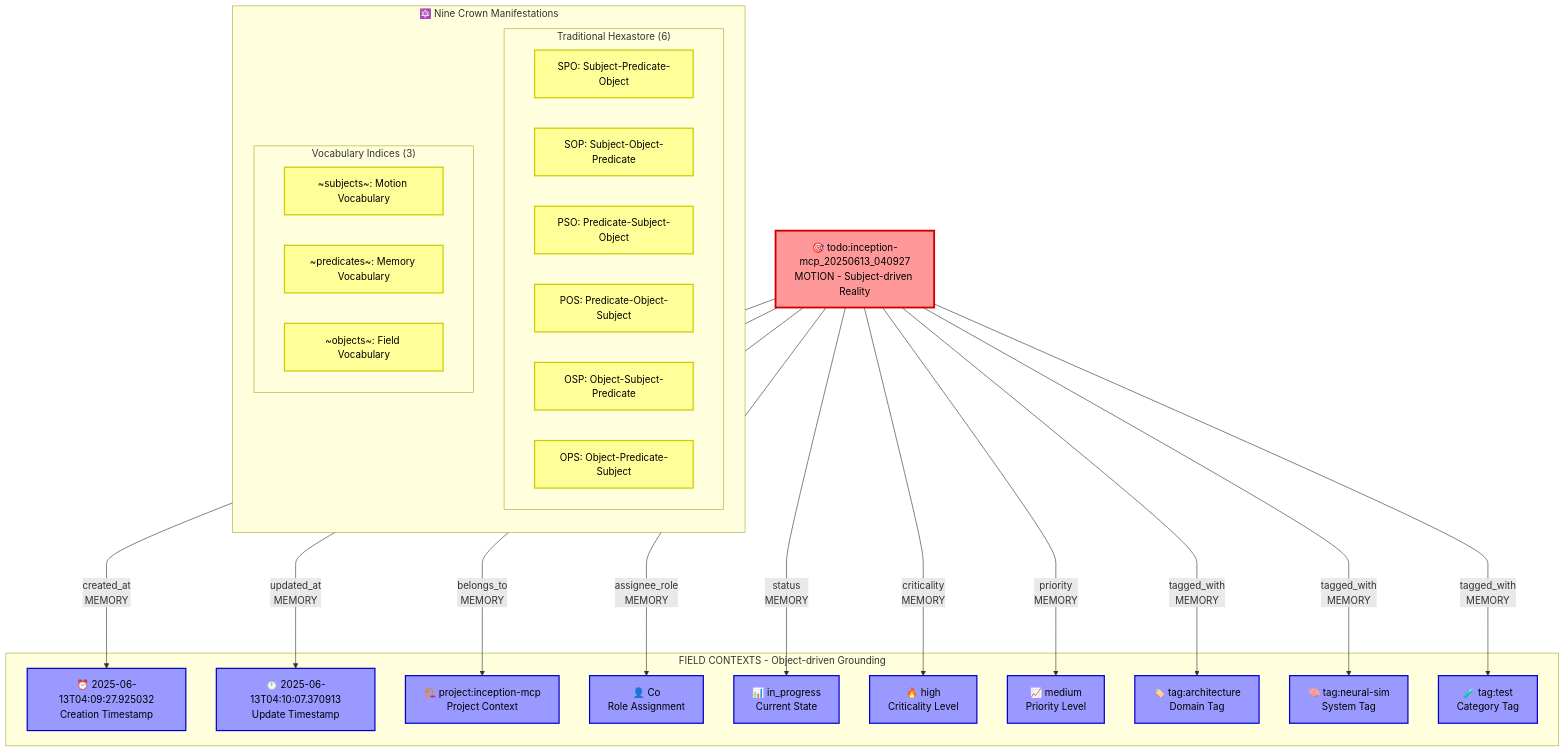
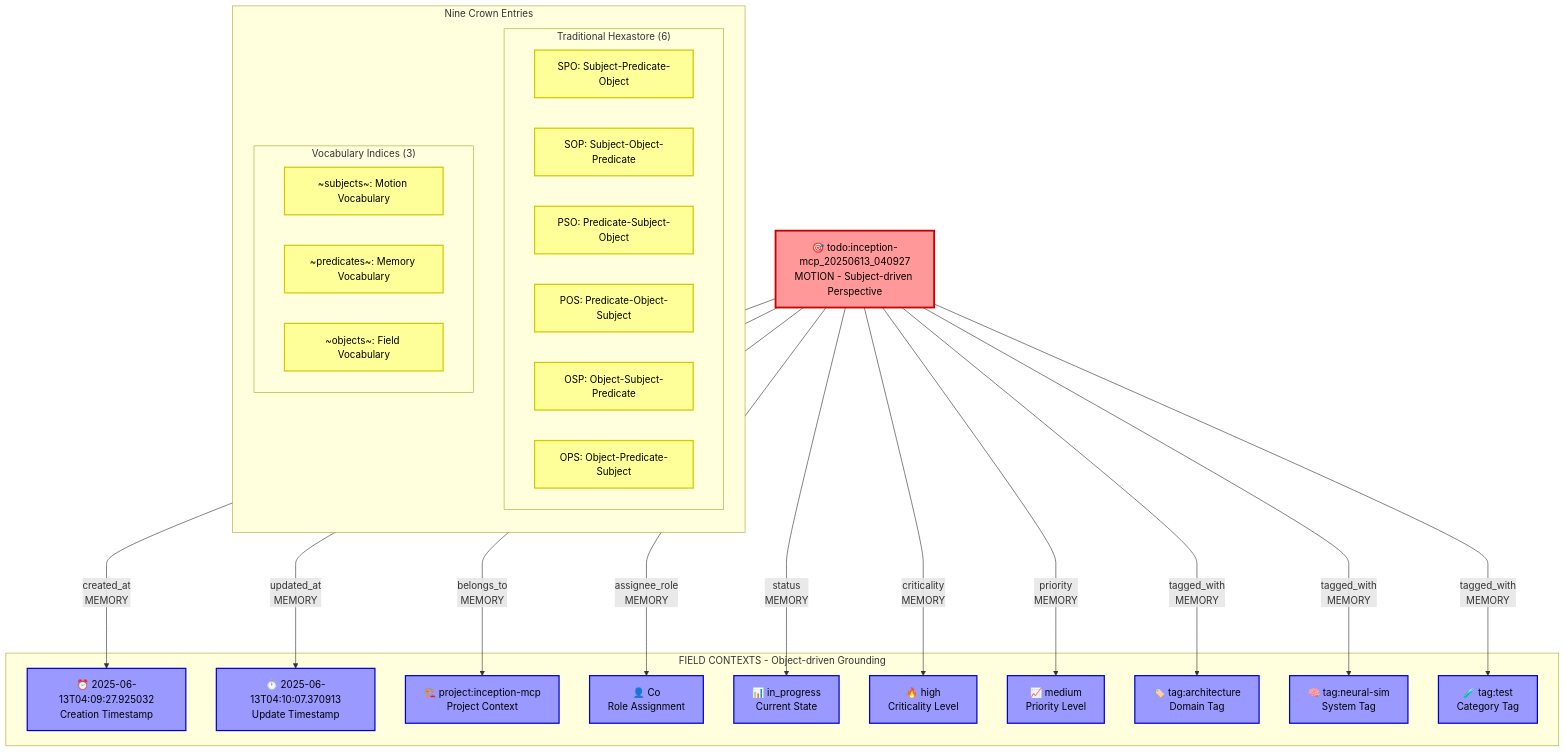
One commit to meshula/LabDb9 changed the diagram in docs/specs/todo-system-implementation.md. Above: the diagram before and after it, drawn with Mermaid. The commit also changed other lines of this file and 13 other files, not shown here.

````diff
--- a/docs/specs/todo-system-implementation.md
+++ b/docs/specs/todo-system-implementation.md
@@ -42,77 +42,77 @@
 ```mermaid
 graph TB
     %% Central Todo Entity (Motion)
-    TODO["🎯 todo:inception-mcp_20250613_040927<br/>MOTION - Subject-driven Reality"]
+    TODO["🎯 todo:inception-mcp_20250613_040927<br/>MOTION - Subject-driven Perspective"]
     
     %% Temporal Field Contexts
     CREATED["⏰ 2025-06-13T04:09:27.925032<br/>Creation Timestamp"]
     UPDATED["⏱️ 2025-06-13T04:10:07.370913<br/>Update Timestamp"]
     
     %% Project & Role Contexts
     PROJECT["🏗️ project:inception-mcp<br/>Project Context"]
     ROLE["👤 Co<br/>Role Assignment"]
     
     %% Status & Priority Fields
     STATUS["📊 in_progress<br/>Current State"]
     CRIT["🔥 high<br/>Criticality Level"]
     PRIO["📈 medium<br/>Priority Level"]
     
     %% Tag System Fields
     TAG1["🏷️ tag:architecture<br/>Domain Tag"]
     TAG2["🧠 tag:neural-sim<br/>System Tag"]
     TAG3["🧪 tag:test<br/>Category Tag"]
     
     %% Memory Relations (Predicates)
     TODO ---->|created_at<br/>MEMORY| CREATED
     TODO ---->|updated_at<br/>MEMORY| UPDATED
     TODO ---->|belongs_to<br/>MEMORY| PROJECT
     TODO ---->|assignee_role<br/>MEMORY| ROLE
     TODO ---->|status<br/>MEMORY| STATUS
     TODO ---->|criticality<br/>MEMORY| CRIT
     TODO ---->|priority<br/>MEMORY| PRIO
     TODO ---->|tagged_with<br/>MEMORY| TAG1
     TODO ---->|tagged_with<br/>MEMORY| TAG2
     TODO ---->|tagged_with<br/>MEMORY| TAG3
     
     %% Field Contexts - Nine Crown Manifestations
     subgraph FIELD["FIELD CONTEXTS - Object-driven Grounding"]
         CREATED
         UPDATED
         PROJECT
         ROLE
         STATUS
         CRIT
         PRIO
         TAG1
         TAG2
         TAG3
     end
     
     %% Crown Architecture Visualization
-    subgraph CROWN["🔯 Nine Crown Manifestations"]
+    subgraph CROWN["Nine Crown Entries"]
         direction TB
         subgraph HEXASTORE["Traditional Hexastore (6)"]
             SPO["SPO: Subject-Predicate-Object"]
             SOP["SOP: Subject-Object-Predicate"] 
             PSO["PSO: Predicate-Subject-Object"]
             POS["POS: Predicate-Object-Subject"]
             OSP["OSP: Object-Subject-Predicate"]
             OPS["OPS: Object-Predicate-Subject"]
         end
         subgraph VOCAB["Vocabulary Indices (3)"]
             VSUBJ["~subjects~: Motion Vocabulary"]
             VPRED["~predicates~: Memory Vocabulary"]
             VOBJ["~objects~: Field Vocabulary"]
         end
     end
     
-    %% Triadic Consciousness Labels
+    %% Triadic Perspective Labels
     classDef motion fill:#ff9999,stroke:#cc0000,stroke-width:3px,color:#000
     classDef memory fill:#99ff99,stroke:#00cc00,stroke-width:2px,color:#000
     classDef field fill:#9999ff,stroke:#0000cc,stroke-width:2px,color:#000
     classDef crown fill:#ffff99,stroke:#cccc00,stroke-width:2px,color:#000
     
     class TODO motion
     class CREATED,UPDATED,PROJECT,ROLE,STATUS,CRIT,PRIO,TAG1,TAG2,TAG3 field
     class SPO,SOP,PSO,POS,OSP,OPS,VSUBJ,VPRED,VOBJ crown
 ```
````
